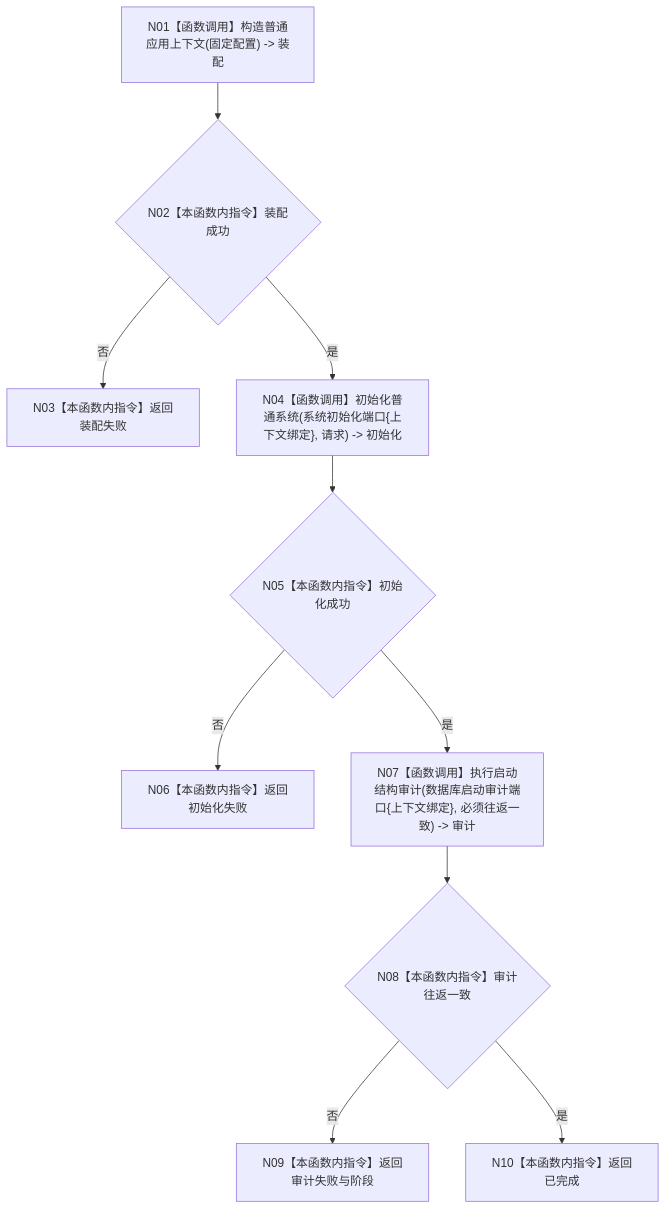
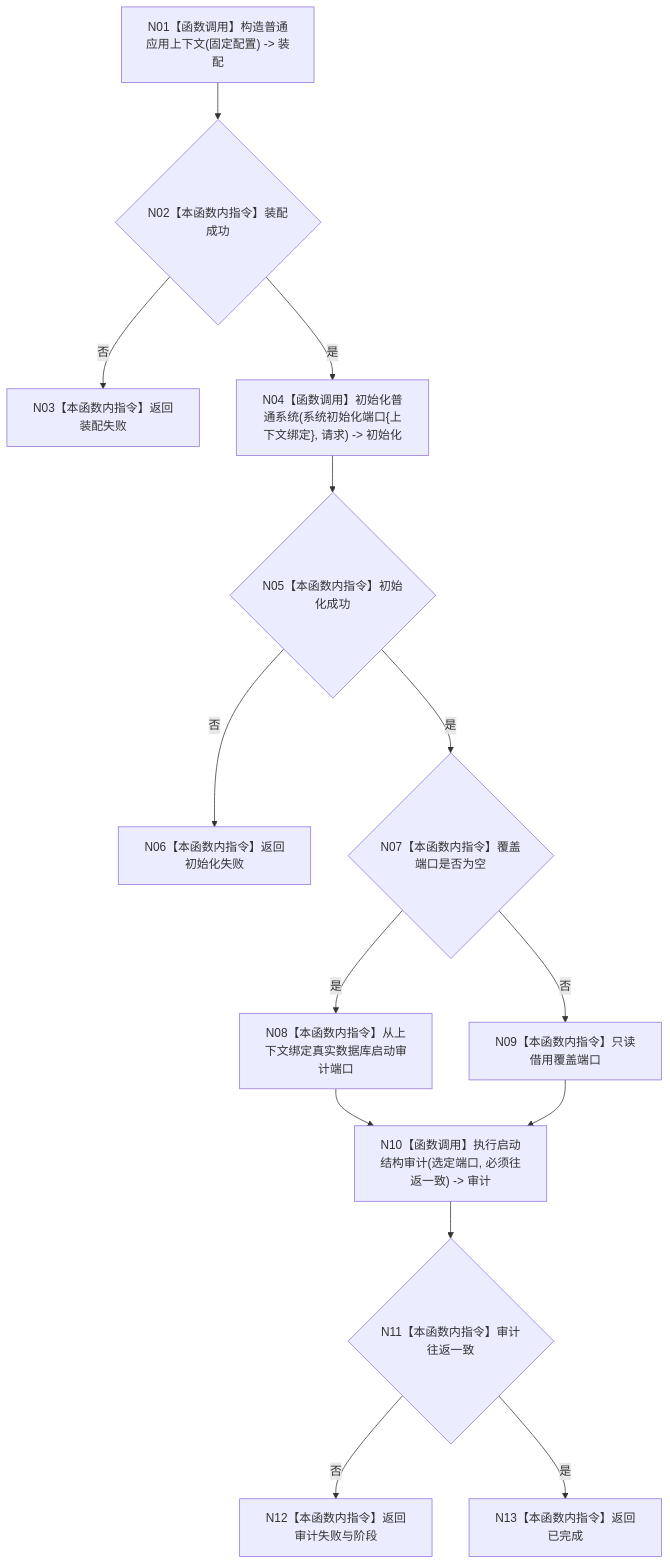
One commit to chunhaizh-cyber/HY-Ego changed the diagram in 流程图/20260726_ENTRY-ONLY_F11_运行数据库专项_施工流程图_v0.1.md. Above: the diagram before and after it, drawn with Mermaid. The commit also changed other lines of this file and 51 other files, not shown here.

````diff
--- a/流程图/20260726_ENTRY-ONLY_F11_运行数据库专项_施工流程图_v0.1.md
+++ b/流程图/20260726_ENTRY-ONLY_F11_运行数据库专项_施工流程图_v0.1.md
@@ -28,12 +28,16 @@
 ```mermaid
 flowchart TD
     N01["N01【函数调用】构造普通应用上下文(固定配置) -> 装配"] --> N02{"N02【本函数内指令】装配成功"}
     N02 -- "否" --> R1["N03【本函数内指令】返回装配失败"]
     N02 -- "是" --> N04["N04【函数调用】初始化普通系统(系统初始化端口{上下文绑定}, 请求) -> 初始化"]
     N04 --> N05{"N05【本函数内指令】初始化成功"}
     N05 -- "否" --> R2["N06【本函数内指令】返回初始化失败"]
-    N05 -- "是" --> N07["N07【函数调用】执行启动结构审计(数据库启动审计端口{上下文绑定}, 必须往返一致) -> 审计"]
-    N07 --> N08{"N08【本函数内指令】审计往返一致"}
-    N08 -- "否" --> R3["N09【本函数内指令】返回审计失败与阶段"]
-    N08 -- "是" --> N10["N10【本函数内指令】返回已完成"]
+    N05 -- "是" --> N07{"N07【本函数内指令】覆盖端口是否为空"}
+    N07 -- "是" --> N08["N08【本函数内指令】从上下文绑定真实数据库启动审计端口"]
+    N07 -- "否" --> N09["N09【本函数内指令】只读借用覆盖端口"]
+    N08 --> N10["N10【函数调用】执行启动结构审计(选定端口, 必须往返一致) -> 审计"]
+    N09 --> N10
+    N10 --> N11{"N11【本函数内指令】审计往返一致"}
+    N11 -- "否" --> R3["N12【本函数内指令】返回审计失败与阶段"]
+    N11 -- "是" --> N13["N13【本函数内指令】返回已完成"]
 ```
````
